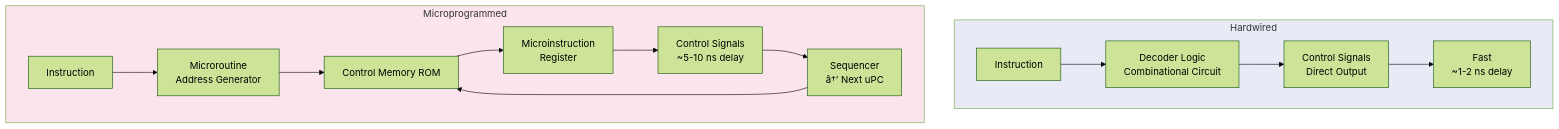
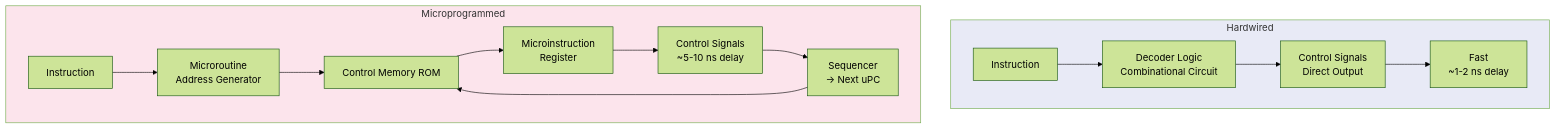
One commit to Raushan666java/ai-engineering-journey changed the seventh of 7 diagrams in docs/courses/computer-architecture/02-cpu-organization.md. Above: the diagram before and after it, drawn with Mermaid (forest theme). The commit also changed other lines of this file and 965 other files, not shown here.

````diff
--- a/docs/courses/computer-architecture/02-cpu-organization.md
+++ b/docs/courses/computer-architecture/02-cpu-organization.md
@@ -1096,18 +1096,18 @@
 ```mermaid
 flowchart TD
     subgraph Hardwired
         H1[Instruction] --> H2[Decoder Logic<br/>Combinational Circuit]
         H2 --> H3[Control Signals<br/>Direct Output]
         H3 --> H4[Fast<br/>~1-2 ns delay]
     end
     subgraph Microprogrammed
         M1[Instruction] --> M2[Microroutine<br/>Address Generator]
         M2 --> M3[Control Memory ROM]
         M3 --> M4[Microinstruction<br/>Register]
         M4 --> M5[Control Signals<br/>~5-10 ns delay]
-        M5 --> M6[Sequencer<br/>â†’ Next uPC]
+        M5 --> M6[Sequencer<br/>→ Next uPC]
         M6 --> M3
     end
     style Hardwired fill:#e8eaf6
     style Microprogrammed fill:#fce4ec
 ```
````
